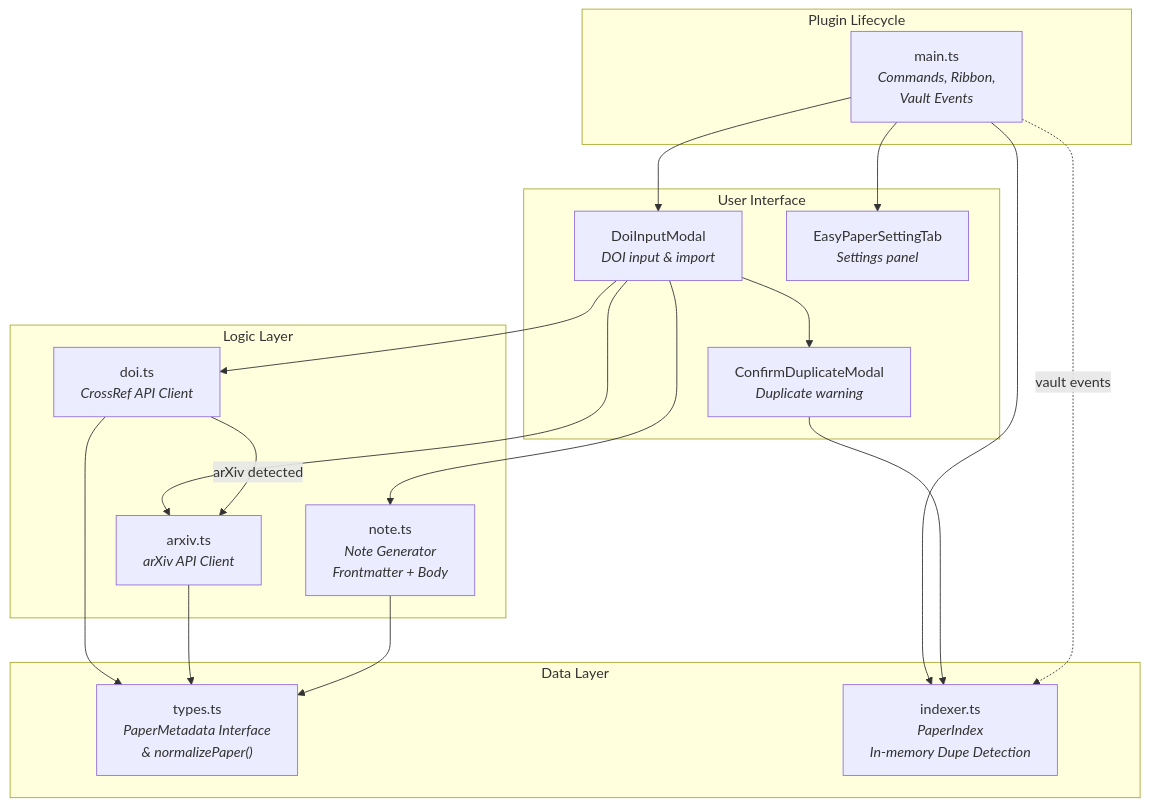
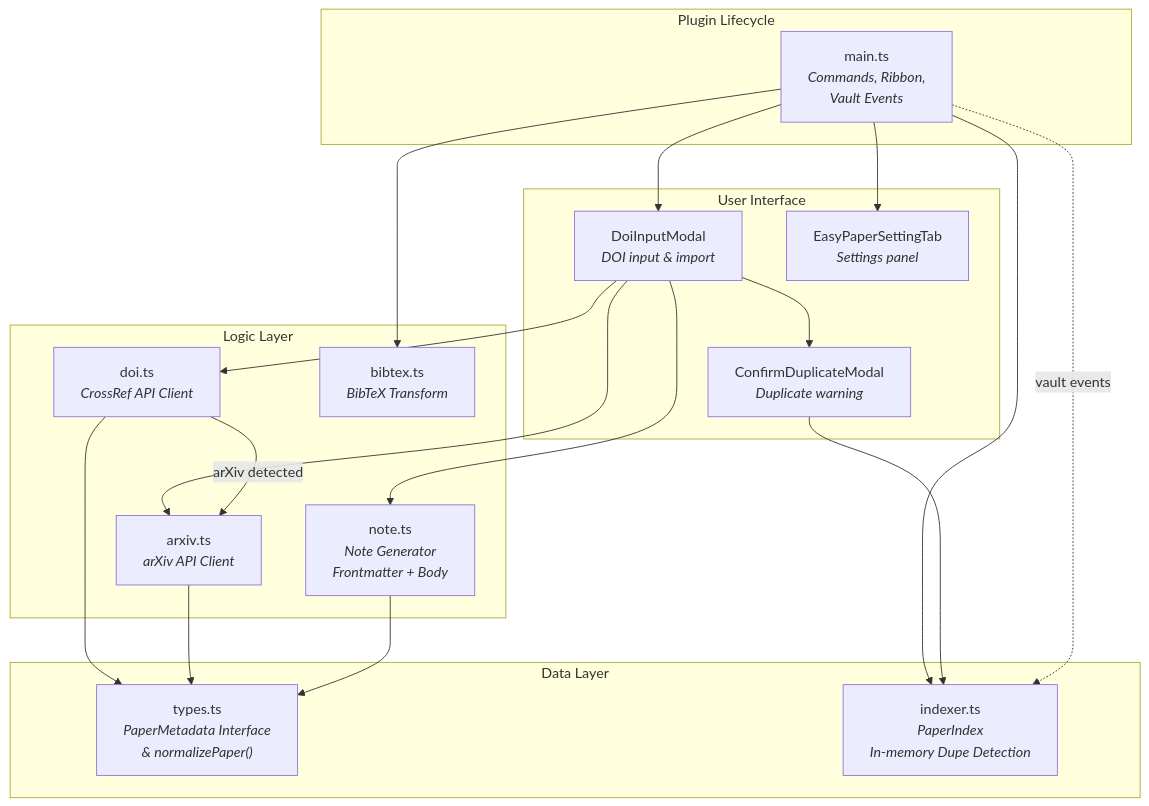
One commit to Loic-Lemon/obsidian-easy-paper-importer changed the first of 4 diagrams in README.md. Above: the diagram before and after it, drawn with Mermaid. The commit also changed other lines of this file and 3 other files, not shown here.

````diff
--- a/README.md
+++ b/README.md
@@ -33,37 +33,39 @@
 ```mermaid
 graph TB
     subgraph Lifecycle["Plugin Lifecycle"]
         main["main.ts<br/><i>Commands, Ribbon,<br/>Vault Events</i>"]
     end
 
     subgraph Data["Data Layer"]
         types["types.ts<br/><i>PaperMetadata Interface<br/>&amp; normalizePaper()</i>"]
         indexer["indexer.ts<br/><i>PaperIndex<br/>In-memory Dupe Detection</i>"]
     end
 
     subgraph Logic["Logic Layer"]
         doi["doi.ts<br/><i>CrossRef API Client</i>"]
         arxiv["arxiv.ts<br/><i>arXiv API Client</i>"]
+        bibtex["bibtex.ts<br/><i>BibTeX Transform</i>"]
         note["note.ts<br/><i>Note Generator<br/>Frontmatter + Body</i>"]
     end
 
     subgraph UI["User Interface"]
         doiModal["DoiInputModal<br/><i>DOI input &amp; import</i>"]
         dupModal["ConfirmDuplicateModal<br/><i>Duplicate warning</i>"]
         settingsUI["EasyPaperSettingTab<br/><i>Settings panel</i>"]
     end
 
     main --> doiModal
     main --> settingsUI
     main --> indexer
+    main --> bibtex
     doiModal --> doi
     doiModal --> arxiv
     doiModal --> note
     doiModal --> dupModal
     doi -->|arXiv detected| arxiv
     doi --> types
     arxiv --> types
     note --> types
     dupModal --> indexer
     main -.->|vault events| indexer
 ```
````
